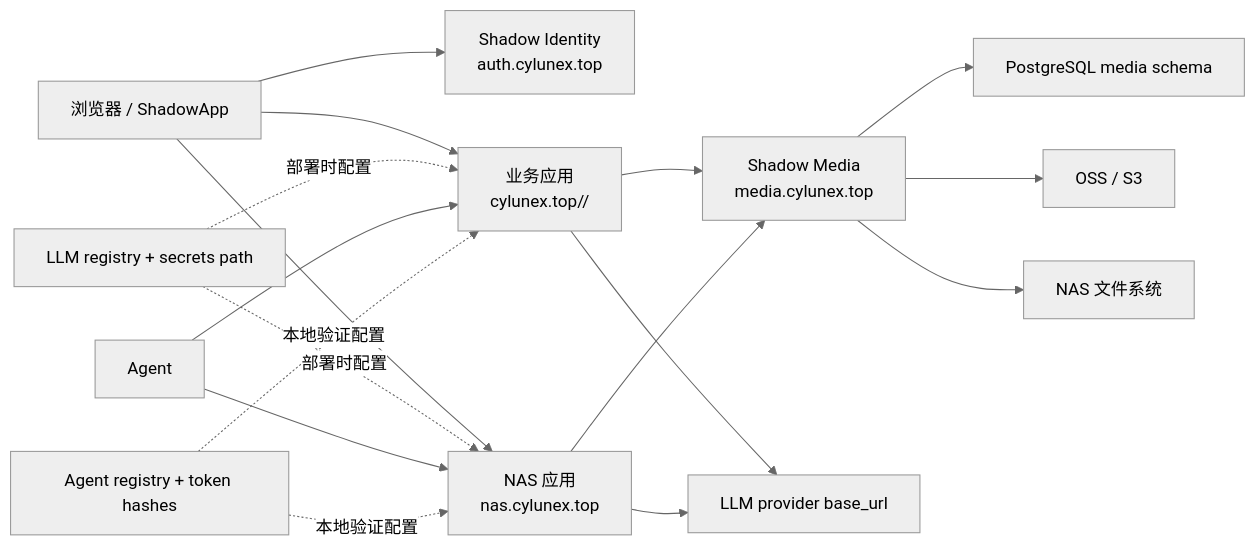
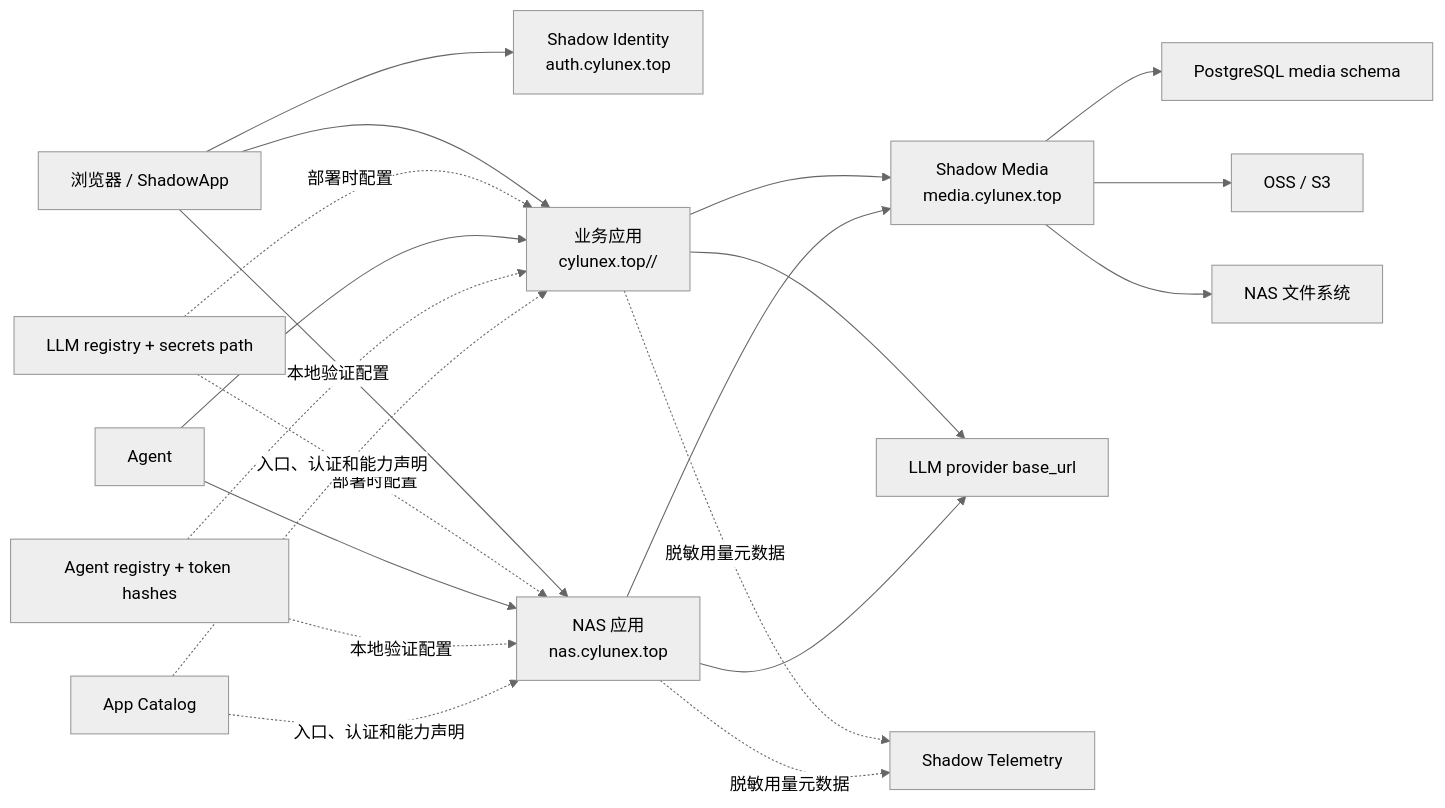
The first of 2 diagrams in docs/architecture.md (Cylunex/shadow-platform), drawn with Mermaid (neutral theme) before and after one commit. The commit also changed other lines of this file and 47 other files, not shown here.

````diff
--- a/docs/architecture.md
+++ b/docs/architecture.md
@@ -17,19 +17,23 @@
 ```mermaid
 flowchart LR
     U["浏览器 / ShadowApp"] --> IDP["Shadow Identity\nauth.cylunex.top"]
     U --> APP["业务应用\ncylunex.top/<app>/"]
     U --> NAS["NAS 应用\nnas.cylunex.top"]
     APP --> MEDIA["Shadow Media\nmedia.cylunex.top"]
     NAS --> MEDIA
     MEDIA --> PG["PostgreSQL media schema"]
     MEDIA --> OSS["OSS / S3"]
     MEDIA --> FS["NAS 文件系统"]
     CFG["LLM registry + secrets path"] -.部署时配置.-> APP
     CFG -.部署时配置.-> NAS
     APP --> LLM["LLM provider base_url"]
     NAS --> LLM
+    APP -.脱敏用量元数据.-> TEL["Shadow Telemetry"]
+    NAS -.脱敏用量元数据.-> TEL
     AGENT["Agent"] --> APP
     AGENT --> NAS
     ACFG["Agent registry + token hashes"] -.本地验证配置.-> APP
     ACFG -.本地验证配置.-> NAS
+    CAT["App Catalog"] -.入口、认证和能力声明.-> APP
+    CAT -.入口、认证和能力声明.-> NAS
 ```
````
